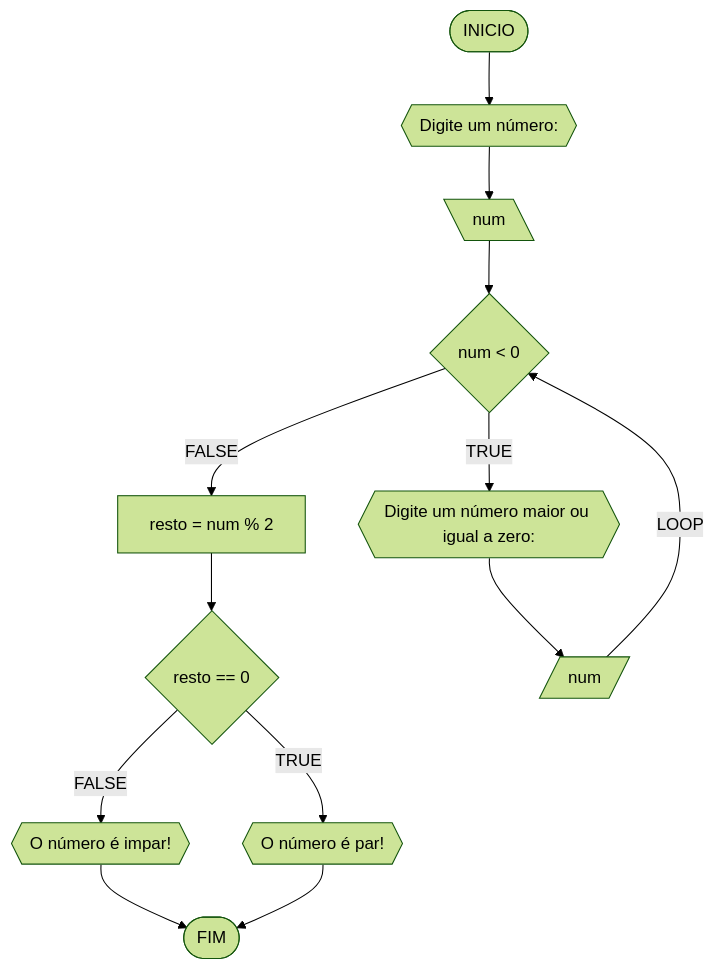
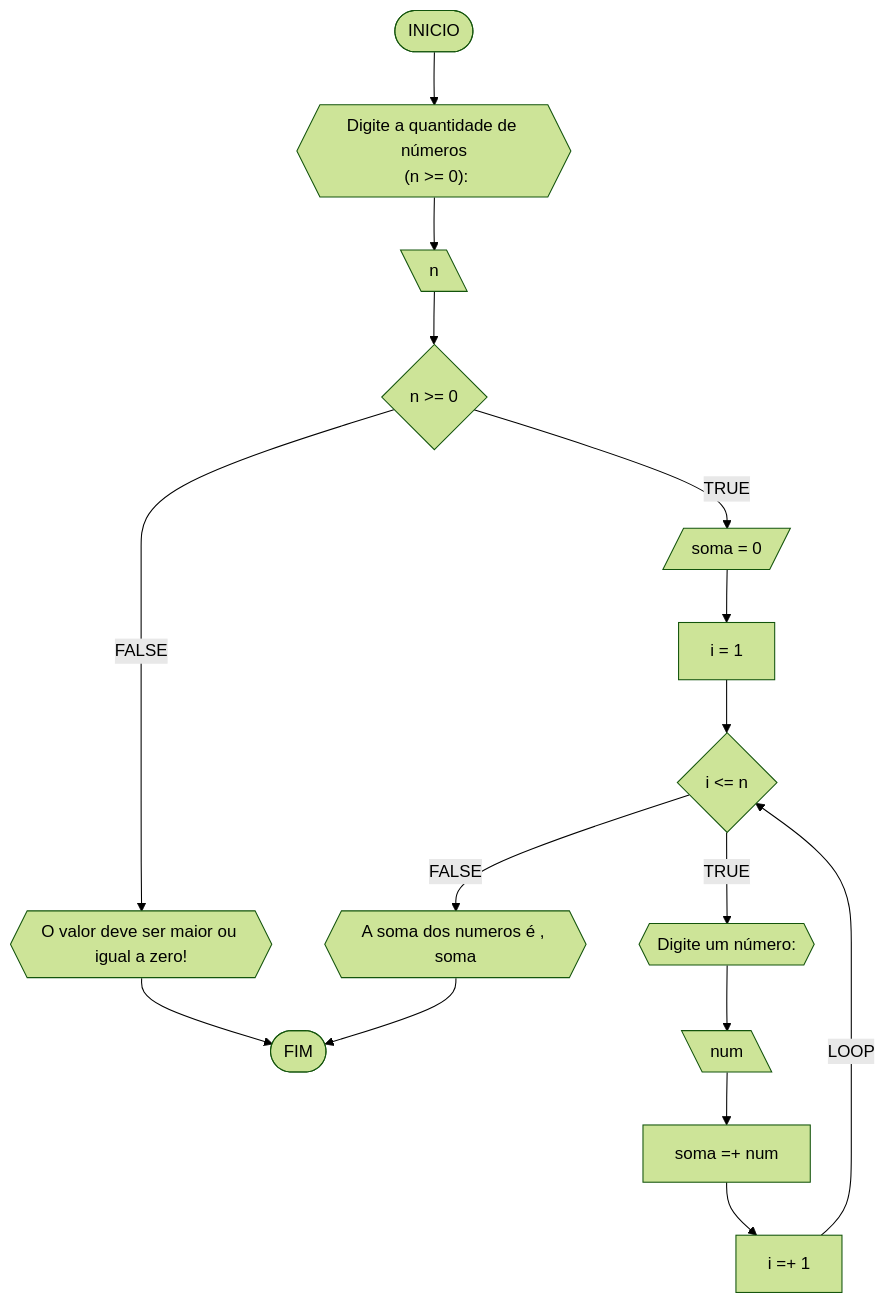
Before and after one commit to lucastudart/unifor: the fourth of 8 diagrams in RLA/AD1.MD, drawn with Mermaid (forest theme). The commit also changed other lines of this file, not shown here.

````diff
--- a/RLA/AD1.MD
+++ b/RLA/AD1.MD
@@ -139,15 +215,18 @@
 ```mermaid
 flowchart TD
-A([INICIO]) --> B{{Digite um número:}}
-B --> C[\num\]
-C --> D{num < 0}
-D --FALSE--> E[resto = num % 2]
-E --> H{resto == 0}
-H --FALSE--> I{{O número é impar!}}
-H --TRUE--> J{{O número é par!}}
-I --> Z([FIM])
-J --> Z
-D --TRUE--> F{{Digite um número maior ou igual a zero:}}
-F --> G[/num/]
-G --LOOP--> D
+A([INICIO]) --> B{{"Digite a quantidade de números<br> (n >= 0):"}}
+B --> C[\n\]
+C --> D{n >= 0}
+D --FALSE-->N{{"O valor deve ser maior ou igual a zero!"}}
+N --> M([FIM])
+D --TRUE--> E[/soma = 0/]
+E --> F[i = 1]
+F --> G{i <= n}
+G --FALSE--> L{{"A soma dos numeros é , soma"}}
+L --> M
+G --TRUE--> H{{Digite um número: }}
+H --> I[\num\]
+I --> J[soma =+ num]
+J --> K[i =+ 1]
+K --LOOP--> G
 ```
````
